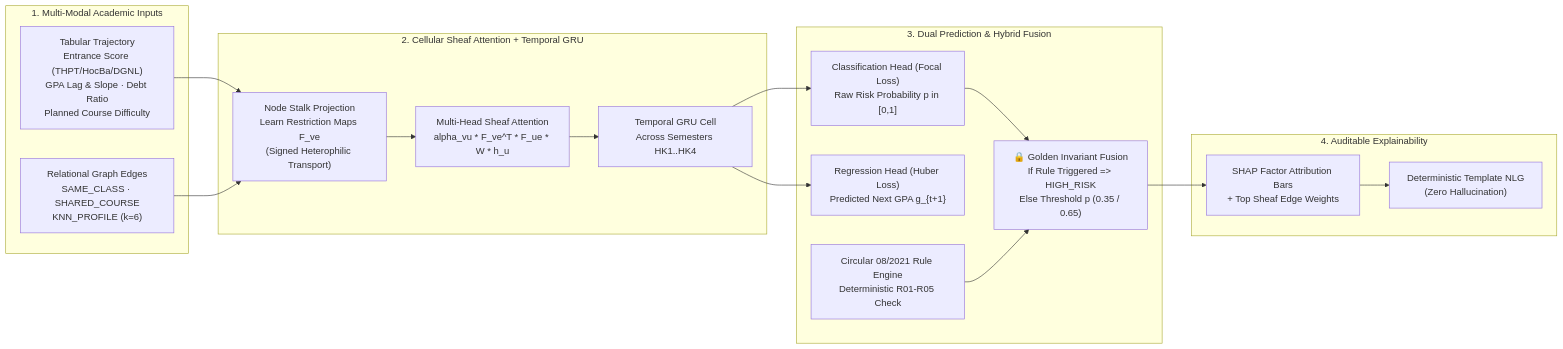
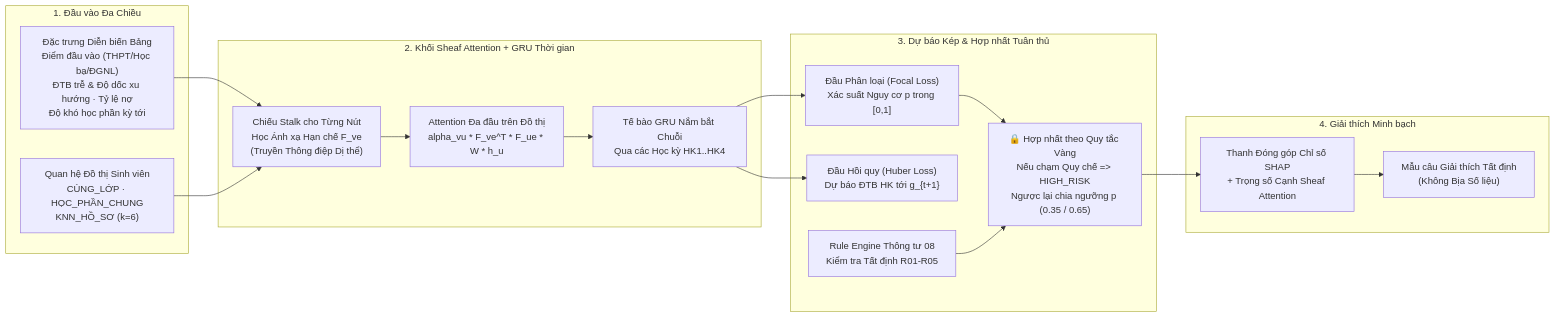
One commit to danielhuynh-04/edualert-hexagonal-gnn changed the fifth of 9 diagrams in README.md. Above: the diagram before and after it, drawn with Mermaid. The commit also changed other lines of this file and 1 other file, not shown here.

````diff
--- a/README.md
+++ b/README.md
@@ -253,34 +257,34 @@
 ```mermaid
 flowchart LR
-    subgraph Input["1. Multi-Modal Academic Inputs"]
-        TAB["Tabular Trajectory\nEntrance Score (THPT/HocBa/DGNL)\nGPA Lag & Slope · Debt Ratio\nPlanned Course Difficulty"]
-        REL["Relational Graph Edges\nSAME_CLASS · SHARED_COURSE\nKNN_PROFILE (k=6)"]
+    subgraph Input["1. Đầu vào Đa Chiều"]
+        TAB["Đặc trưng Diễn biến Bảng\nĐiểm đầu vào (THPT/Học bạ/ĐGNL)\nĐTB trễ & Độ dốc xu hướng · Tỷ lệ nợ\nĐộ khó học phần kỳ tới"]
+        REL["Quan hệ Đồ thị Sinh viên\nCÙNG_LỚP · HỌC_PHẦN_CHUNG\nKNN_HỒ_SƠ (k=6)"]
     end
 
-    subgraph SheafBlock["2. Cellular Sheaf Attention + Temporal GRU"]
-        STALK["Node Stalk Projection\nLearn Restriction Maps F_ve\n(Signed Heterophilic Transport)"]
-        ATTN["Multi-Head Sheaf Attention\nalpha_vu * F_ve^T * F_ue * W * h_u"]
-        GRU["Temporal GRU Cell\nAcross Semesters HK1..HK4"]
+    subgraph SheafBlock["2. Khối Sheaf Attention + GRU Thời gian"]
+        STALK["Chiếu Stalk cho Từng Nút\nHọc Ánh xạ Hạn chế F_ve\n(Truyền Thông điệp Dị thể)"]
+        ATTN["Attention Đa đầu trên Đồ thị\nalpha_vu * F_ve^T * F_ue * W * h_u"]
+        GRU["Tế bào GRU Nắm bắt Chuỗi\nQua các Học kỳ HK1..HK4"]
         STALK --> ATTN --> GRU
     end
 
-    subgraph Heads["3. Dual Prediction & Hybrid Fusion"]
-        CLS["Classification Head (Focal Loss)\nRaw Risk Probability p in [0,1]"]
-        REG["Regression Head (Huber Loss)\nPredicted Next GPA g_{t+1}"]
-        RULE["Circular 08/2021 Rule Engine\nDeterministic R01-R05 Check"]
-        FUSE["🔒 Golden Invariant Fusion\nIf Rule Triggered => HIGH_RISK\nElse Threshold p (0.35 / 0.65)"]
+    subgraph Heads["3. Dự báo Kép & Hợp nhất Tuân thủ"]
+        CLS["Đầu Phân loại (Focal Loss)\nXác suất Nguy cơ p trong [0,1]"]
+        REG["Đầu Hồi quy (Huber Loss)\nDự báo ĐTB HK tới g_{t+1}"]
+        RULE["Rule Engine Thông tư 08\nKiểm tra Tất định R01-R05"]
+        FUSE["🔒 Hợp nhất theo Quy tắc Vàng\nNếu chạm Quy chế => HIGH_RISK\nNgược lại chia ngưỡng p (0.35 / 0.65)"]
     end
 
-    subgraph XAI["4. Auditable Explainability"]
-        SHAP["SHAP Factor Attribution Bars\n+ Top Sheaf Edge Weights"]
-        NLG["Deterministic Template NLG\n(Zero Hallucination)"]
+    subgraph XAI["4. Giải thích Minh bạch"]
+        SHAP["Thanh Đóng góp Chỉ số SHAP\n+ Trọng số Cạnh Sheaf Attention"]
+        NLG["Mẫu câu Giải thích Tất định\n(Không Bịa Số liệu)"]
     end
 
     TAB --> STALK
     REL --> STALK
     GRU --> CLS
     GRU --> REG
     CLS --> FUSE
     RULE --> FUSE
     FUSE --> SHAP --> NLG
 ```
````
